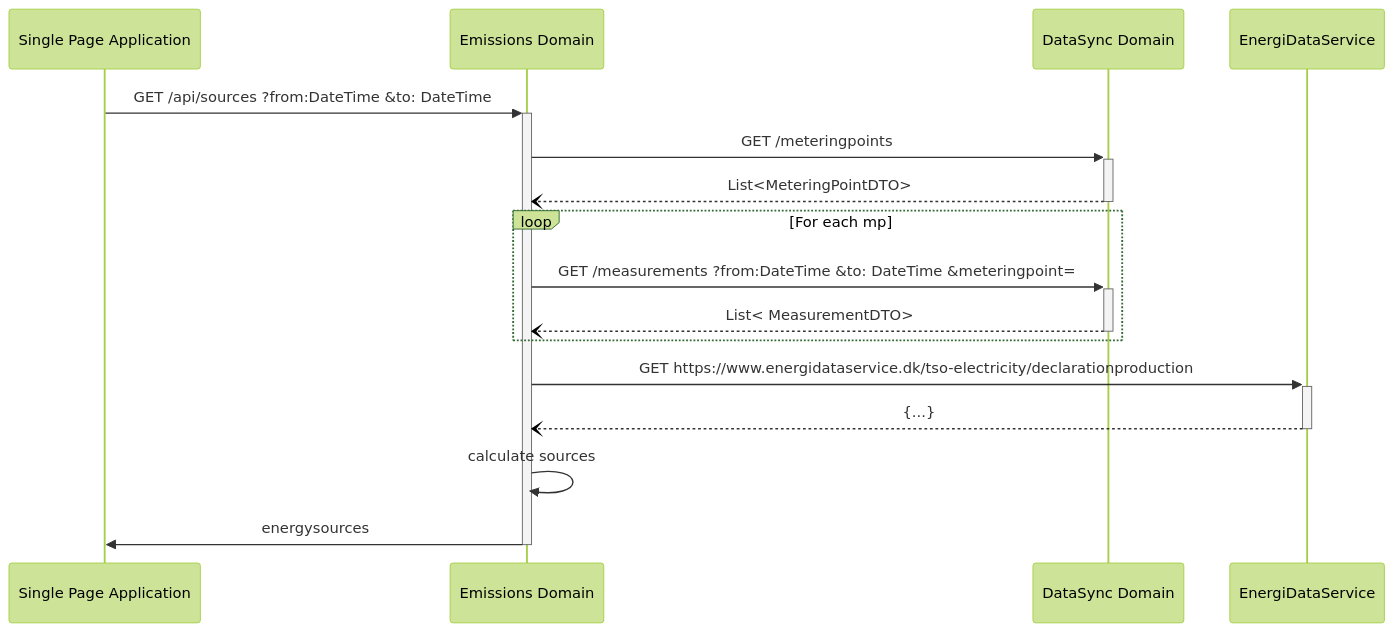
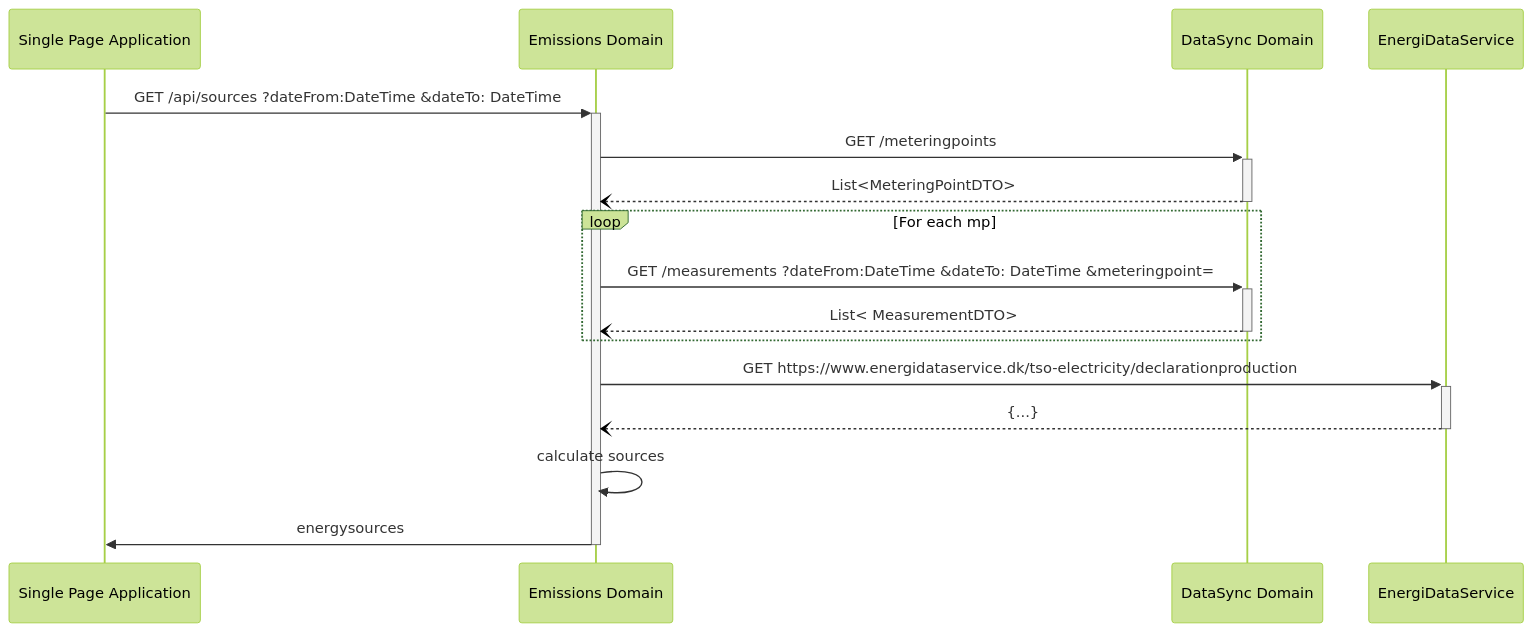
The second of 2 diagrams in doc/api/emissions.md (Energinet-DataHub/energy-origin), drawn with Mermaid (forest theme) before and after one commit.

````diff
--- a/doc/api/emissions.md
+++ b/doc/api/emissions.md
@@ -170,25 +170,25 @@
 ```mermaid
 sequenceDiagram
     participant spa as Single Page Application
     participant em as Emissions Domain
     participant ds as DataSync Domain
     participant eds as EnergiDataService
 
-    spa->>+ em: GET /api/sources ?from:DateTime  &to: DateTime
+    spa->>+ em: GET /api/sources ?dateFrom:DateTime  &dateTo: DateTime
     
     em->>+ ds: GET /meteringpoints
     ds--)- em: List<MeteringPointDTO>
     
     loop For each mp
-      em ->>+ ds: GET /measurements  ?from:DateTime  &to: DateTime  &meteringpoint=
+      em ->>+ ds: GET /measurements  ?dateFrom:DateTime  &dateTo: DateTime  &meteringpoint=
         
       ds --)- em: List< MeasurementDTO>
     end
     em->>+ eds: GET https://www.energidataservice.dk/tso-electricity/declarationproduction
     eds--)- em: {...}
 
     em->> em: calculate sources
 
     em->>- spa: energysources
 
 ```
````
